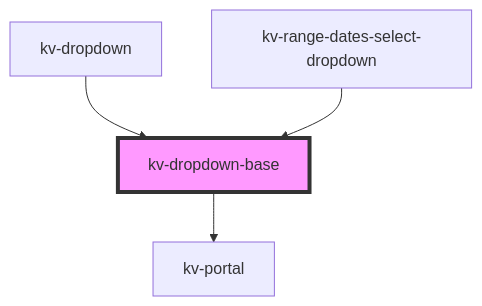
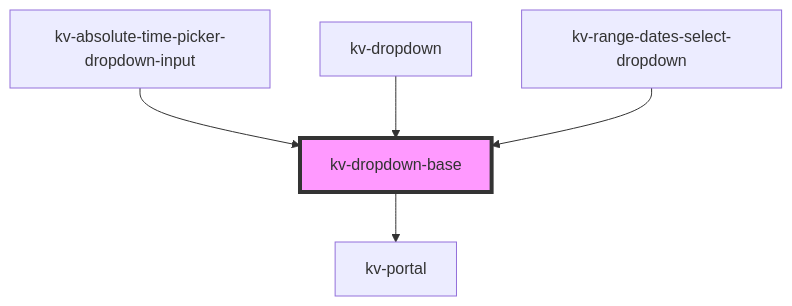
The diagram in packages/ui-components/src/components/dropdown-base/readme.md (kelvininc/ui-components), drawn with Mermaid before and after one commit. The commit also changed other lines of this file and 29 other files, not shown here.

Commit message:
feat: add new input absolute time picker

````diff
--- a/packages/ui-components/src/components/dropdown-base/readme.md
+++ b/packages/ui-components/src/components/dropdown-base/readme.md
@@ -40,7 +41,8 @@
 ```mermaid
 graph TD;
   kv-dropdown-base --> kv-portal
+  kv-absolute-time-picker-dropdown-input --> kv-dropdown-base
   kv-dropdown --> kv-dropdown-base
   kv-range-dates-select-dropdown --> kv-dropdown-base
   style kv-dropdown-base fill:#f9f,stroke:#333,stroke-width:4px
 ```
````
